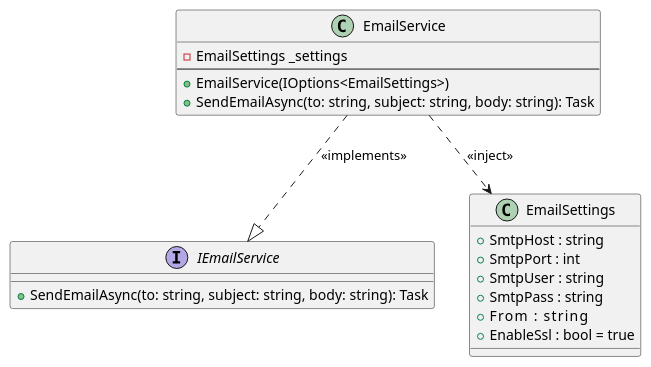
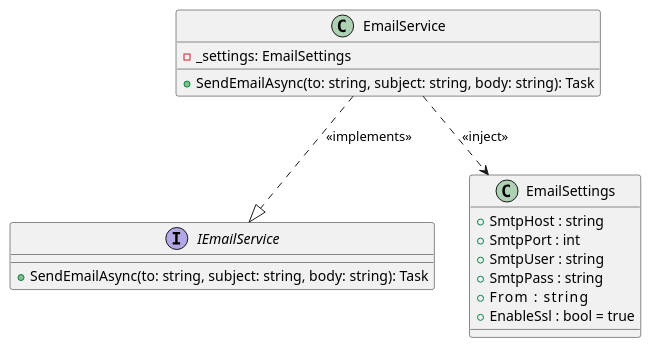
Before and after one commit to thanhkhac/SEP_Diagram: the diagram in common/service/IEmailService.puml, drawn with PlantUML. The commit also changed 12 other files, not shown here.

Commit message:
Refactor class diagrams for authentication and services

```diff
--- a/common/service/IEmailService.puml
+++ b/common/service/IEmailService.puml
@@ -1,25 +1,23 @@
 @startuml
 
 class EmailService {
-    - EmailSettings _settings
-    --
-    + EmailService(IOptions<EmailSettings>)
+    - _settings: EmailSettings
     + SendEmailAsync(to: string, subject: string, body: string): Task
 }
 
 interface IEmailService {
     + SendEmailAsync(to: string, subject: string, body: string): Task
 }
 
 EmailService ..|> IEmailService : <<implements>>
 EmailService ..> EmailSettings : <<inject>>
 
 class EmailSettings {
     + SmtpHost : string
     + SmtpPort : int
     + SmtpUser : string
     + SmtpPass : string
     + From     : string
     + EnableSsl : bool = true
 }
 @enduml
```
